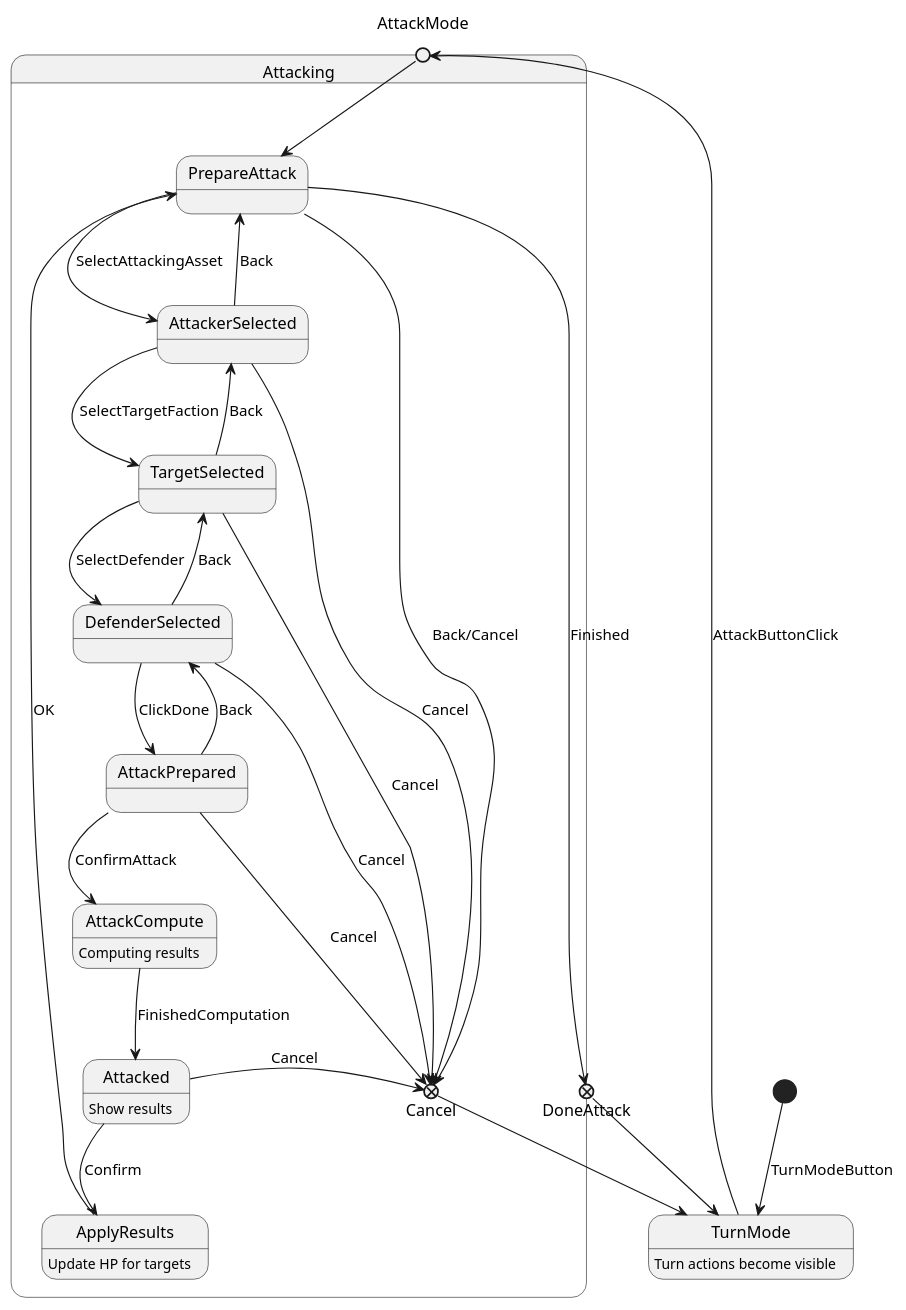
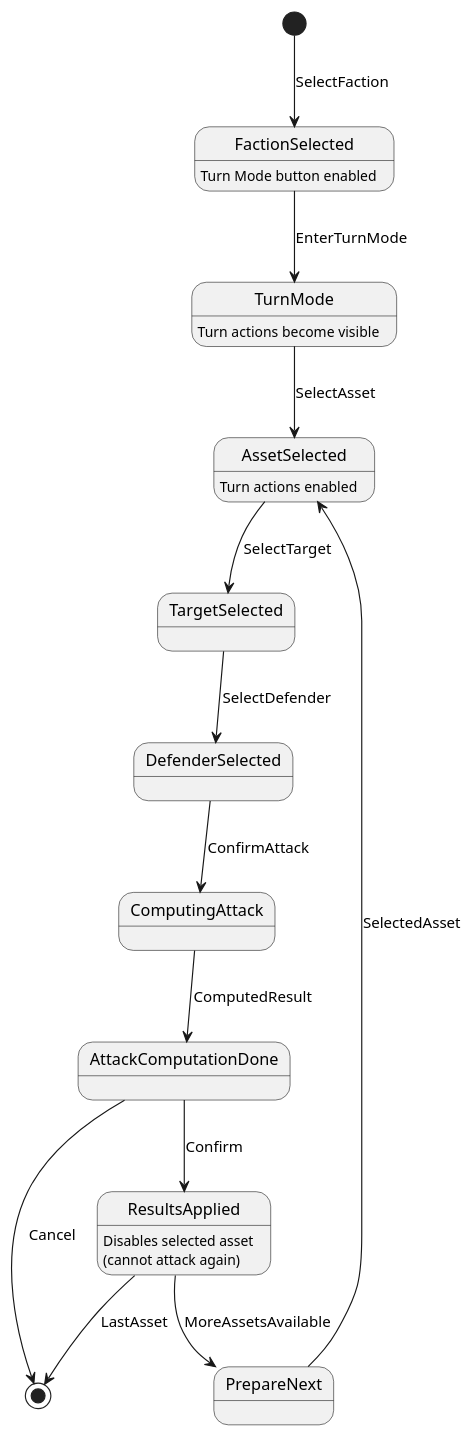
Before and after one commit to Zer0-Vector/swn-faction-tracker: the diagram in design/Turn FSM.plantuml, drawn with PlantUML.

Commit message:
work out attack action FSM

```diff
--- a/design/Turn FSM.plantuml
+++ b/design/Turn FSM.plantuml
@@ -1,62 +1,34 @@
 @startuml Faction Turn States
 
 state "TurnMode" as TM
+state "FactionSelected" as FS
+state "AssetSelected" as ASel
 
-[*] --> TM : TurnModeButton
+[*] --> FS : SelectFaction
+FS : Turn Mode button enabled
+FS --> TM : EnterTurnMode
 TM : Turn actions become visible
 
-state Attacking {
-  state AttackMode <<entryPoint>>
-  state Cancel <<exitPoint>>
-  state DoneAttack <<exitPoint>>
-  state "PrepareAttack" as PrepA
-  state "AttackerSelected" as ASel
-  state "TargetSelected" as TSel
-  state "DefenderSelected" as DSel
-  state "AttackPrepared" as APrep
+TM --> ASel : SelectAsset
+ASel : Turn actions enabled
 
-  TM --> AttackMode : AttackButtonClick
-  AttackMode --> PrepA
-  PrepA -right-> Cancel : Back/Cancel
-  
-  PrepA --> ASel : SelectAttackingAsset
-  ASel --> PrepA : Back
-  ASel -right-> Cancel : Cancel
-  
-  ASel --> TSel : SelectTargetFaction
-  TSel --> ASel : Back
-  TSel --> Cancel : Cancel
+state "TargetSelected" as TSel
+state "DefenderSelected" as DSel
+state "ComputingAttack" as AComp
+state "AttackComputationDone" as ACDone
+state "ResultsApplied" as RA
+state "PrepareNext" as PN
 
-  TSel --> DSel : SelectDefender
-  DSel --> TSel : Back
-  DSel -right-> Cancel : Cancel
-
-  DSel --> APrep : ClickDone
-  APrep --> DSel : Back
-  APrep -right-> Cancel : Cancel
-
-  APrep --> AttackCompute : ConfirmAttack
-  AttackCompute : Computing results
-
-  AttackCompute --> Attacked : FinishedComputation
-  Attacked : Show results
-
-  Attacked --> ApplyResults : Confirm
-  Attacked -right-> Cancel : Cancel
-  ApplyResults : Update HP for targets
-
-  ApplyResults --> PrepA : OK
-  PrepA --> DoneAttack : Finished
-
-
-
-  Cancel --> TM
-  DoneAttack --> TM
-}
-
-
-
-
-
+ASel --> TSel : SelectTarget
+TSel --> DSel : SelectDefender
+DSel --> AComp : ConfirmAttack
+AComp --> ACDone : ComputedResult
+ACDone --> [*] : Cancel
+ACDone --> RA : Confirm
+RA --> [*] : LastAsset
+RA : Disables selected asset
+RA : (cannot attack again)
+RA --> PN : MoreAssetsAvailable
+PN --> ASel : SelectedAsset
 
 @enduml
```
